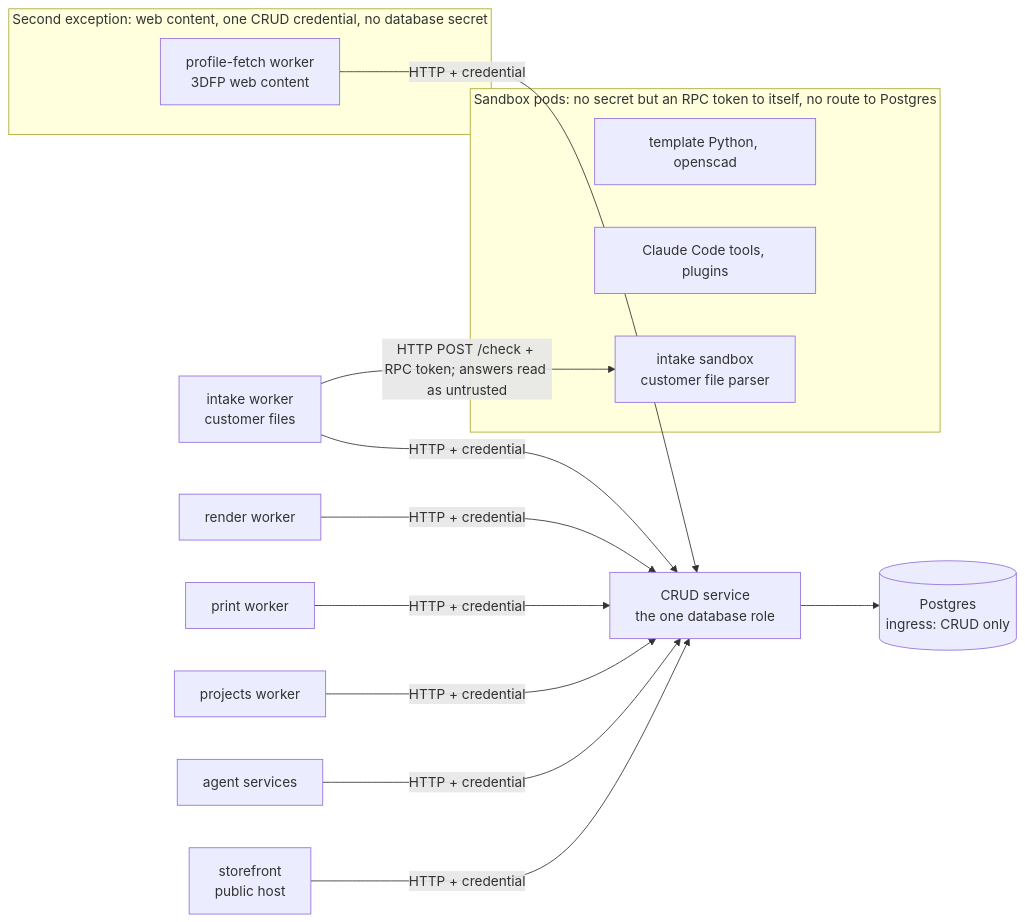
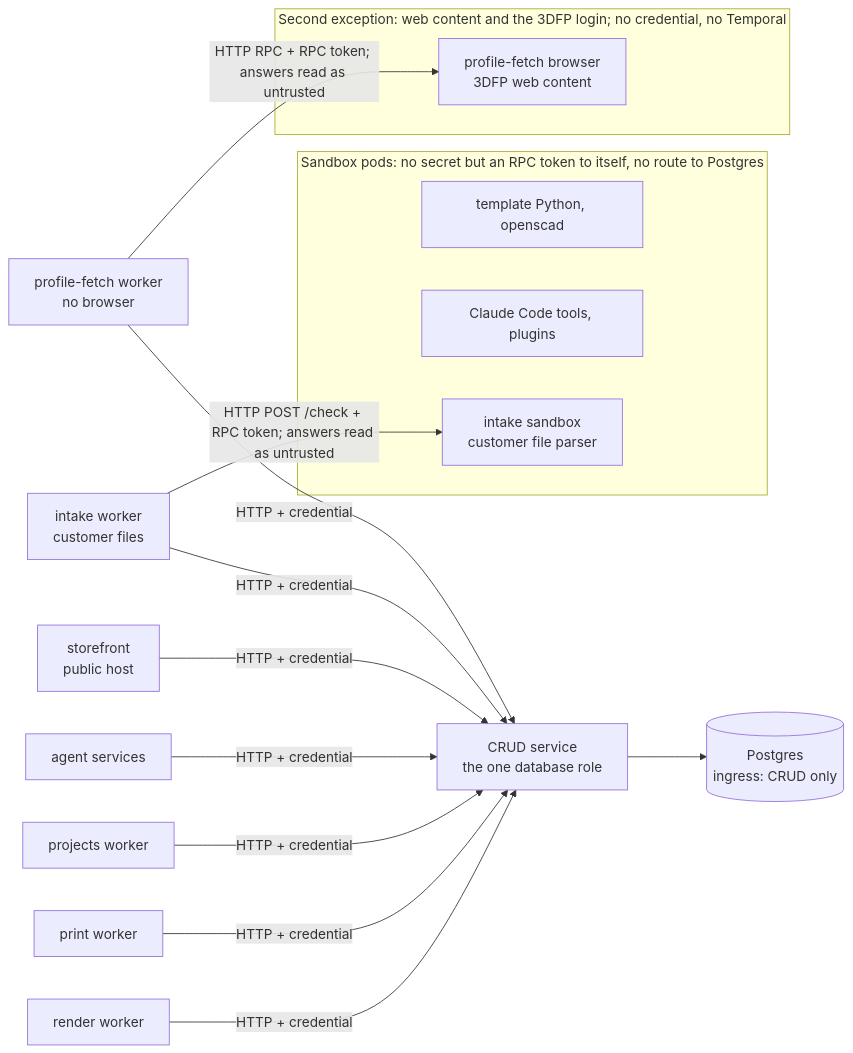
Before and after one commit to eh-homelab/ScadBuddy: the second of 2 diagrams in docs/security/trust-boundaries.md, drawn with Mermaid. The commit also changed other lines of this file and 18 other files, not shown here.

First line of the commit message:
security: no Temporal access from the profile-fetch browser pod (#6780)

````diff
--- a/docs/security/trust-boundaries.md
+++ b/docs/security/trust-boundaries.md
@@ -284,20 +289,21 @@
 ```mermaid
 flowchart LR
   subgraph untrusted[Sandbox pods: no secret but an RPC token to itself, no route to Postgres]
     T[template Python, openscad]
     C[Claude Code tools, plugins]
     X[intake sandbox<br/>customer file parser]
   end
   I -- HTTP POST /check + RPC token; answers read as untrusted --> X
   R[render worker] -- HTTP + credential --> CRUD
   P[print worker] -- HTTP + credential --> CRUD
   J[projects worker] -- HTTP + credential --> CRUD
   A[agent services] -- HTTP + credential --> CRUD
   S[storefront<br/>public host] -- HTTP + credential --> CRUD
   I[intake worker<br/>customer files] -- HTTP + credential --> CRUD
-  subgraph web[Second exception: web content, one CRUD credential, no database secret]
-    F[profile-fetch worker<br/>3DFP web content]
+  subgraph web[Second exception: web content and the 3DFP login; no credential, no Temporal]
+    FB[profile-fetch browser<br/>3DFP web content]
   end
+  F[profile-fetch worker<br/>no browser] -- HTTP RPC + RPC token; answers read as untrusted --> FB
   F -- HTTP + credential --> CRUD
   CRUD[CRUD service<br/>the one database role] --> DB[(Postgres<br/>ingress: CRUD only)]
 ```
````
